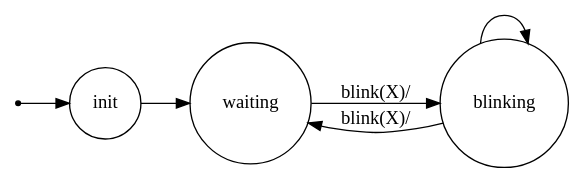
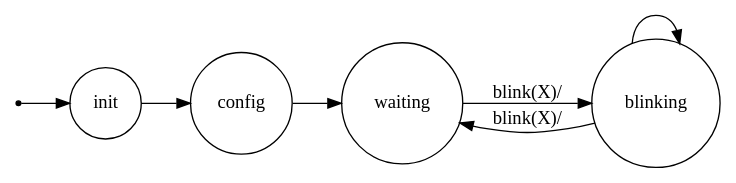
The diagram in srcMore/it/unibo/led/dotFsm.gv (piercosta/mengoli), drawn with Graphviz before and after one commit. The commit also changed 8 other files, not shown here.

```diff
--- a/srcMore/it/unibo/led/dotFsm.gv
+++ b/srcMore/it/unibo/led/dotFsm.gv
@@ -1,25 +1,27 @@
 /*
 *
 * A GraphViz DOT FSM description 
 * Please use a GraphViz visualizer (like http://www.webgraphviz.com)
 * 
 * Generated by AM,NC,RM
 *  
 */
  
 digraph finite_state_machine {
   	rankdir=LR;
   	size="8,5"
   	node [shape = point]; iniziale;
   	node [shape = doublecircle]; 
   	node [shape = circle];
   	iniziale -> init [label = ""];
   	
   	
-  	init -> waiting [ label = ""];
+  	init -> config [ label = ""];
+  	
+  	config -> waiting [ label = ""];
   	
   	waiting -> blinking [ label = "blink(X)/"];
   	
   	blinking -> blinking [ label = ""];
   	blinking -> waiting [ label = "blink(X)/"];
 }
```
